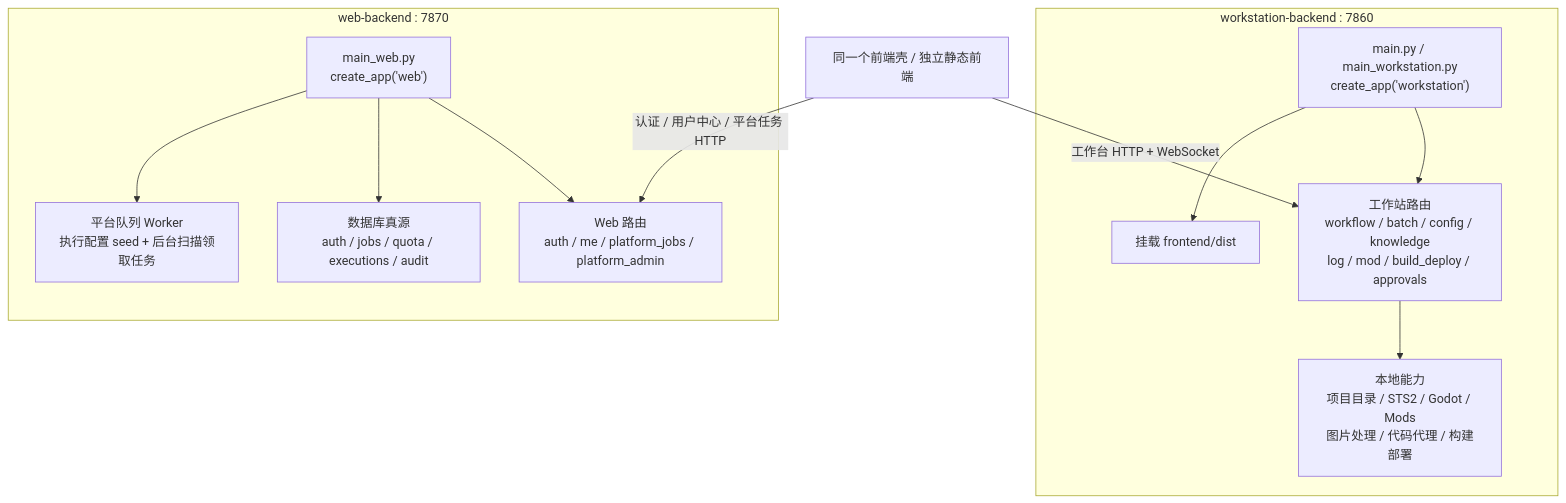
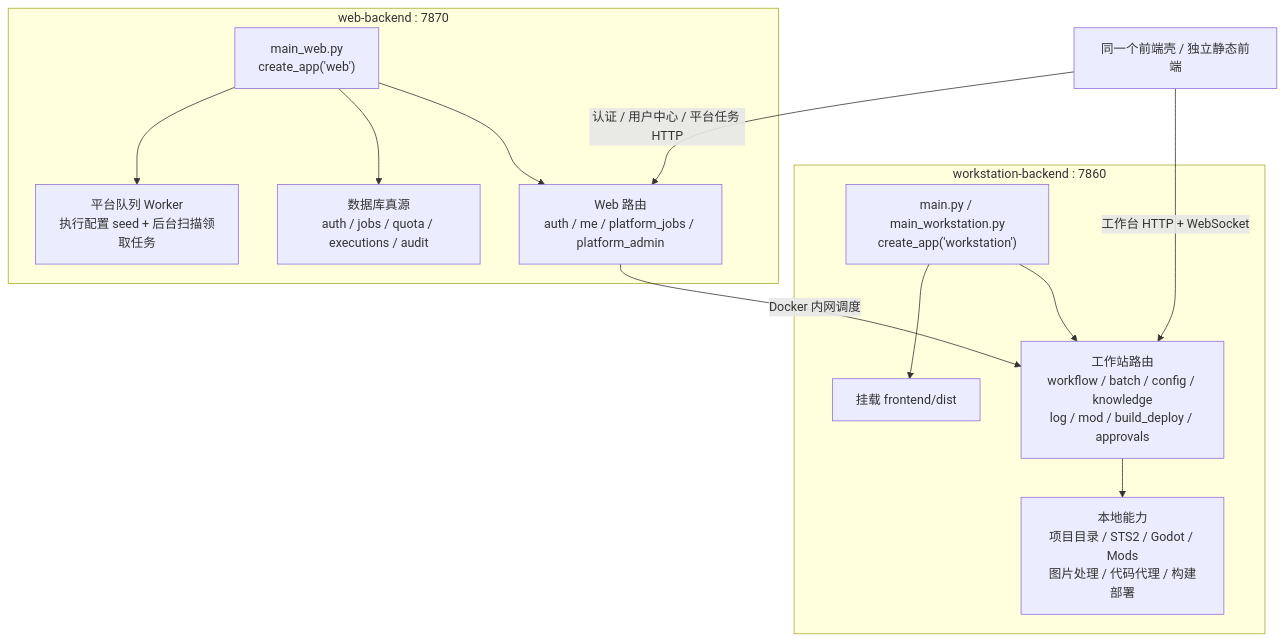
The first of 4 diagrams in docs/04-决策/后端/2026-04-02-工作站端与Web端边界说明.md (Frashmeat/AgentForSTS2), drawn with Mermaid before and after one commit. The commit also changed other lines of this file and 29 other files, not shown here.

````diff
--- a/docs/04-决策/后端/2026-04-02-工作站端与Web端边界说明.md
+++ b/docs/04-决策/后端/2026-04-02-工作站端与Web端边界说明.md
@@ -33,29 +42,30 @@
 ```mermaid
 flowchart TB
     FE["同一个前端壳 / 独立静态前端"]
 
     subgraph WS["workstation-backend : 7860"]
         WEntry["main.py / main_workstation.py\ncreate_app('workstation')"]
         WRoutes["工作站路由\nworkflow / batch / config / knowledge\nlog / mod / build_deploy / approvals"]
         WStatic["挂载 frontend/dist"]
         WLocal["本地能力\n项目目录 / STS2 / Godot / Mods\n图片处理 / 代码代理 / 构建部署"]
     end
 
     subgraph WEB["web-backend : 7870"]
         WebEntry["main_web.py\ncreate_app('web')"]
         WebRoutes["Web 路由\nauth / me / platform_jobs / platform_admin"]
         WebDB["数据库真源\nauth / jobs / quota / executions / audit"]
         WebWorker["平台队列 Worker\n执行配置 seed + 后台扫描领取任务"]
     end
 
-    FE -->|"工作台 HTTP + WebSocket"| WRoutes
-    FE -->|"认证 / 用户中心 / 平台任务 HTTP"| WebRoutes
+FE -->|"工作台 HTTP + WebSocket"| WRoutes
+FE -->|"认证 / 用户中心 / 平台任务 HTTP"| WebRoutes
+WebRoutes -->|"Docker 内网调度"| WRoutes
 
     WEntry --> WRoutes
     WEntry --> WStatic
     WRoutes --> WLocal
 
     WebEntry --> WebRoutes
     WebEntry --> WebDB
     WebEntry --> WebWorker
 ```
````
